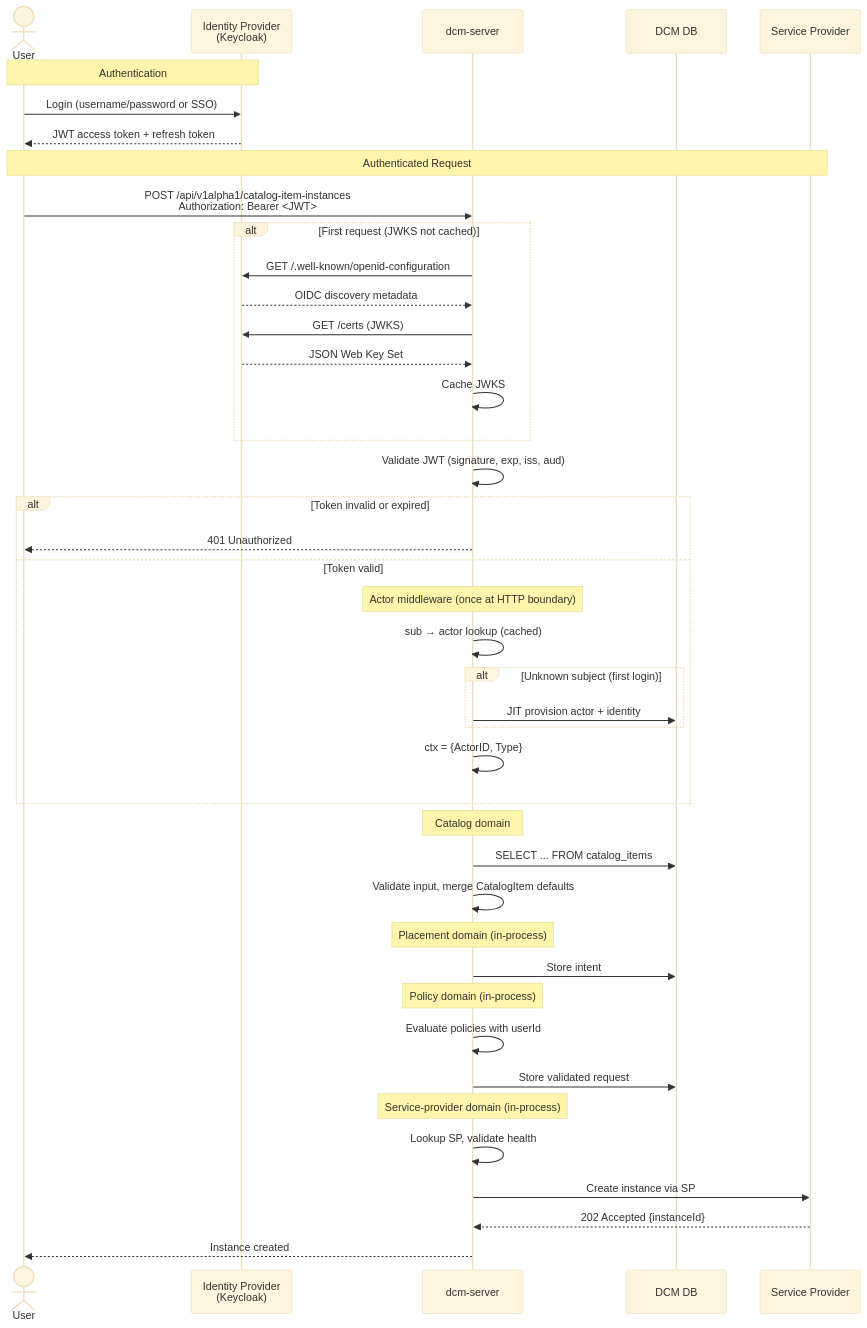
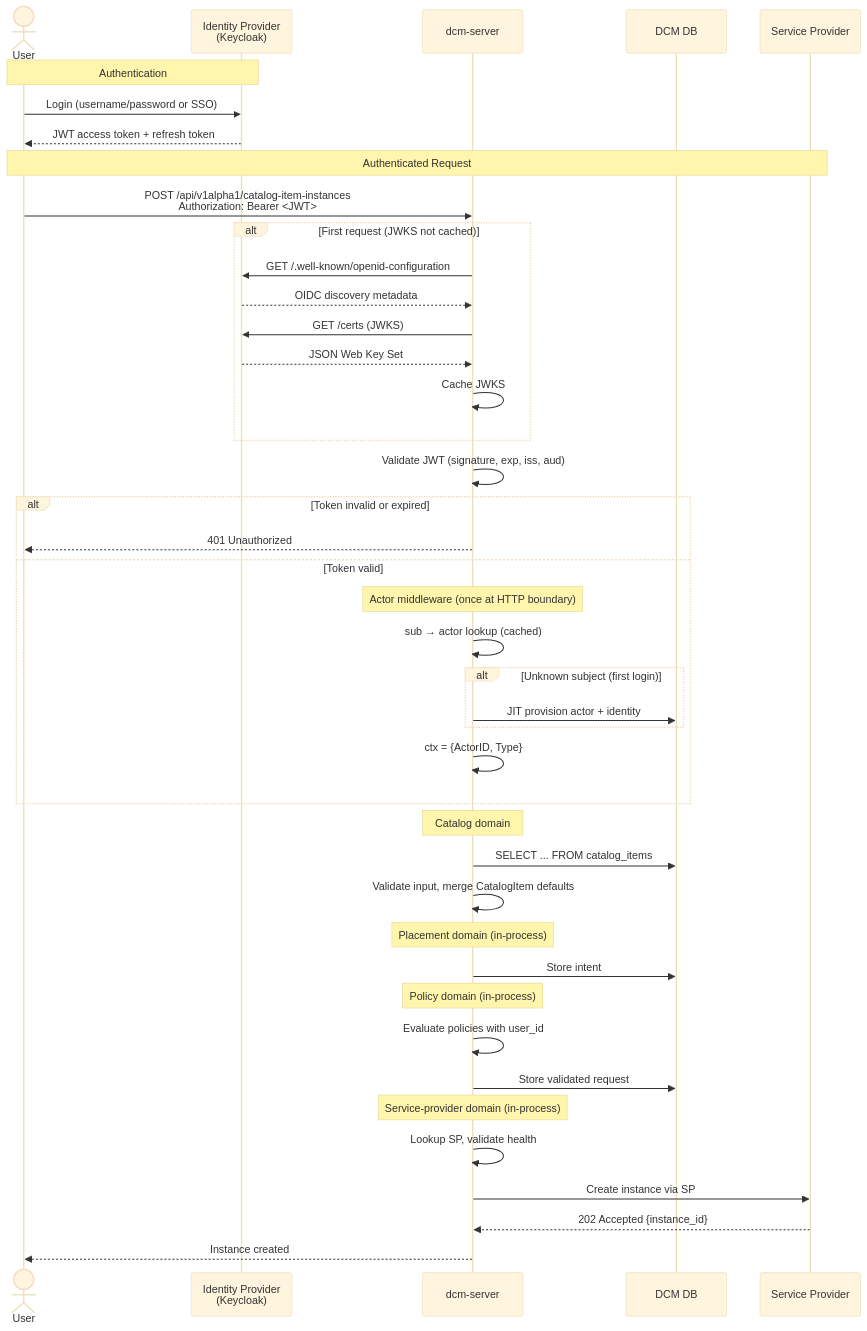
Before and after one commit to dcm-project/enhancements: the second of 2 diagrams in enhancements/authentication/authentication.md, drawn with Mermaid (base theme). The commit also changed other lines of this file and 19 other files, not shown here.

````diff
--- a/enhancements/authentication/authentication.md
+++ b/enhancements/authentication/authentication.md
@@ -367,52 +367,52 @@
 ```mermaid
 sequenceDiagram
     actor User
     participant IdP as Identity Provider<br/>(Keycloak)
     participant DCM as dcm-server
     participant DB as DCM DB
     participant SP as Service Provider
 
     Note over User,IdP: Authentication
     User->>IdP: Login (username/password or SSO)
     IdP-->>User: JWT access token + refresh token
 
     Note over User,SP: Authenticated Request
     User->>DCM: POST /api/v1alpha1/catalog-item-instances<br/>Authorization: Bearer <JWT>
 
     alt First request (JWKS not cached)
         DCM->>IdP: GET /.well-known/openid-configuration
         IdP-->>DCM: OIDC discovery metadata
         DCM->>IdP: GET /certs (JWKS)
         IdP-->>DCM: JSON Web Key Set
         DCM->>DCM: Cache JWKS
     end
 
     DCM->>DCM: Validate JWT (signature, exp, iss, aud)
 
     alt Token invalid or expired
         DCM-->>User: 401 Unauthorized
     else Token valid
         Note over DCM: Actor middleware (once at HTTP boundary)
         DCM->>DCM: sub → actor lookup (cached)
         alt Unknown subject (first login)
             DCM->>DB: JIT provision actor + identity
         end
         DCM->>DCM: ctx = {ActorID, Type}
     end
 
     Note over DCM: Catalog domain
     DCM->>DB: SELECT ... FROM catalog_items
     DCM->>DCM: Validate input, merge CatalogItem defaults
 
     Note over DCM: Placement domain (in-process)
     DCM->>DB: Store intent
     Note over DCM: Policy domain (in-process)
-    DCM->>DCM: Evaluate policies with userId
+    DCM->>DCM: Evaluate policies with user_id
     DCM->>DB: Store validated request
 
     Note over DCM: Service-provider domain (in-process)
     DCM->>DCM: Lookup SP, validate health
     DCM->>SP: Create instance via SP
-    SP-->>DCM: 202 Accepted {instanceId}
+    SP-->>DCM: 202 Accepted {instance_id}
     DCM-->>User: Instance created
 ```
````
